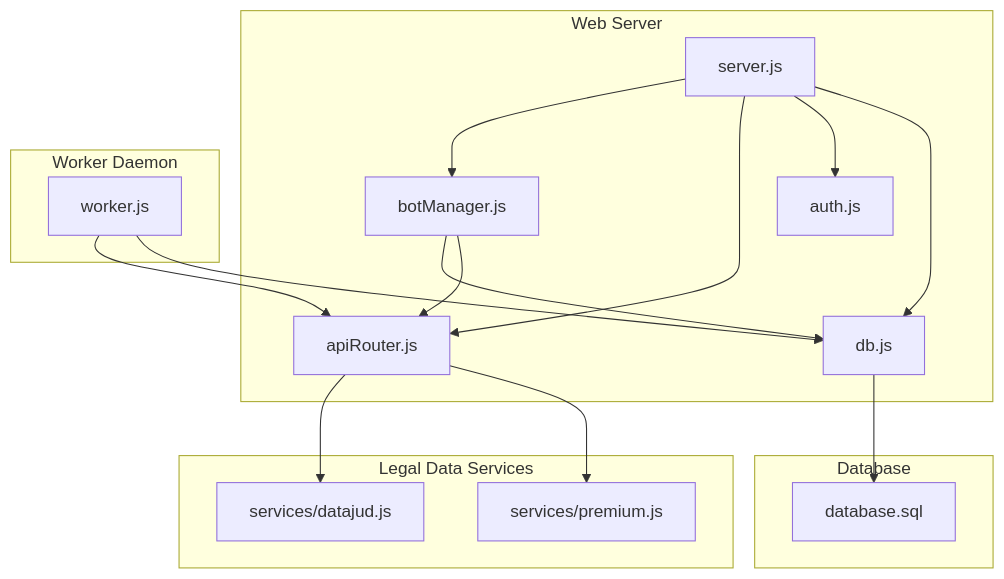
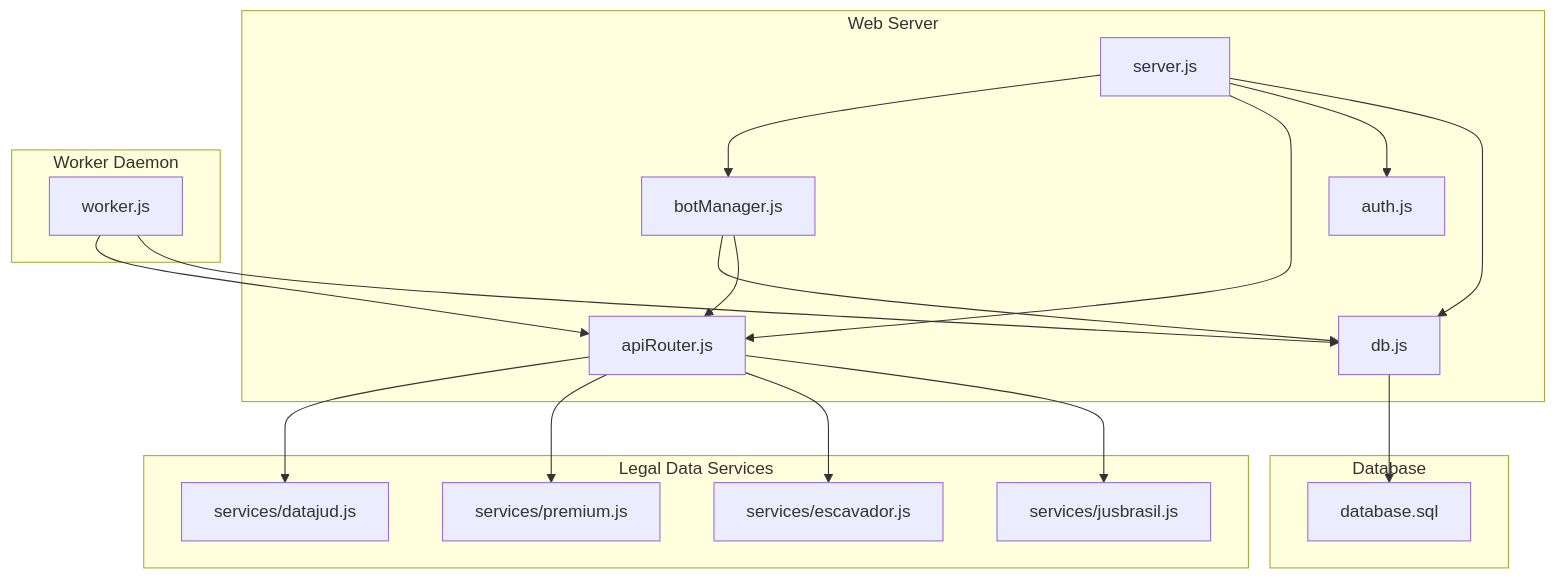
The first of 9 diagrams in .qoder/repowiki/en/content/Telegram Bot Integration/Telegram Bot Integration.md (Alexandrexicara/bot-processos), drawn with Mermaid before and after one commit. The commit also changed other lines of this file and 10 other files, not shown here.

````diff
--- a/.qoder/repowiki/en/content/Telegram Bot Integration/Telegram Bot Integration.md
+++ b/.qoder/repowiki/en/content/Telegram Bot Integration/Telegram Bot Integration.md
@@ -42,31 +54,35 @@
 ```mermaid
 graph TB
 subgraph "Web Server"
 S["server.js"]
 BM["botManager.js"]
 AR["apiRouter.js"]
 AU["auth.js"]
 DB["db.js"]
 end
 subgraph "Worker Daemon"
 W["worker.js"]
 end
 subgraph "Legal Data Services"
 DJ["services/datajud.js"]
 PR["services/premium.js"]
+ES["services/escavador.js"]
+JB["services/jusbrasil.js"]
 end
 subgraph "Database"
 SQL["database.sql"]
 end
 S --> BM
 S --> AR
 S --> AU
 S --> DB
 W --> AR
 W --> DB
 AR --> DJ
 AR --> PR
+AR --> ES
+AR --> JB
 BM --> DB
 BM --> AR
 DB --> SQL
 ```
````
